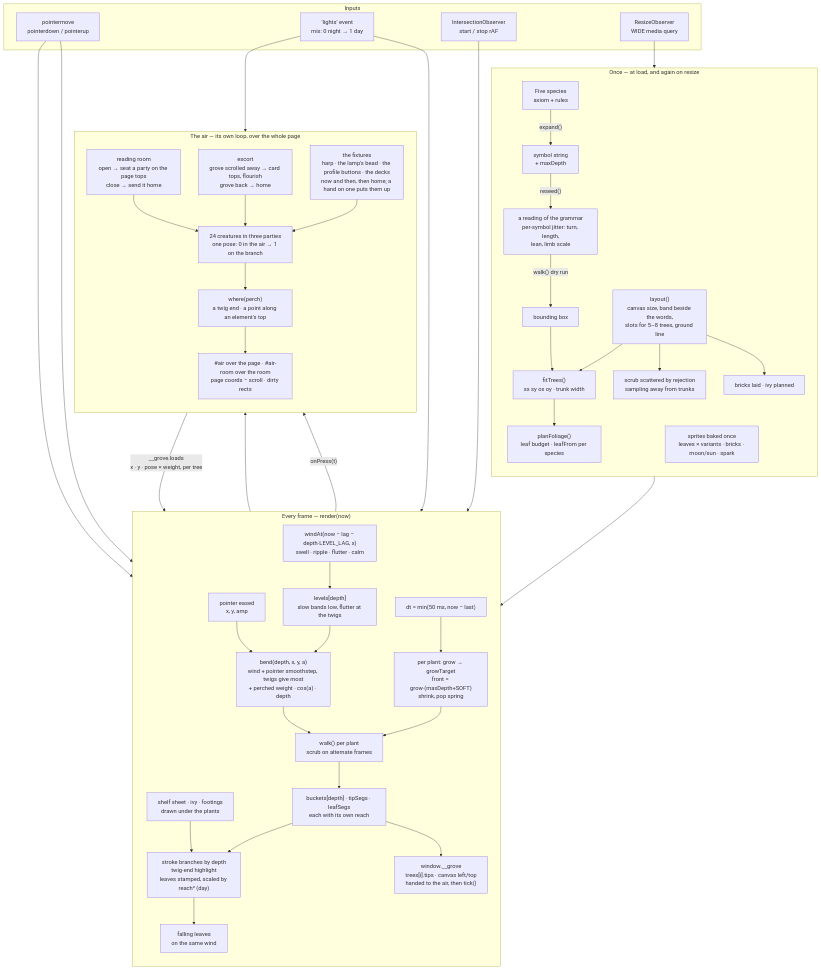
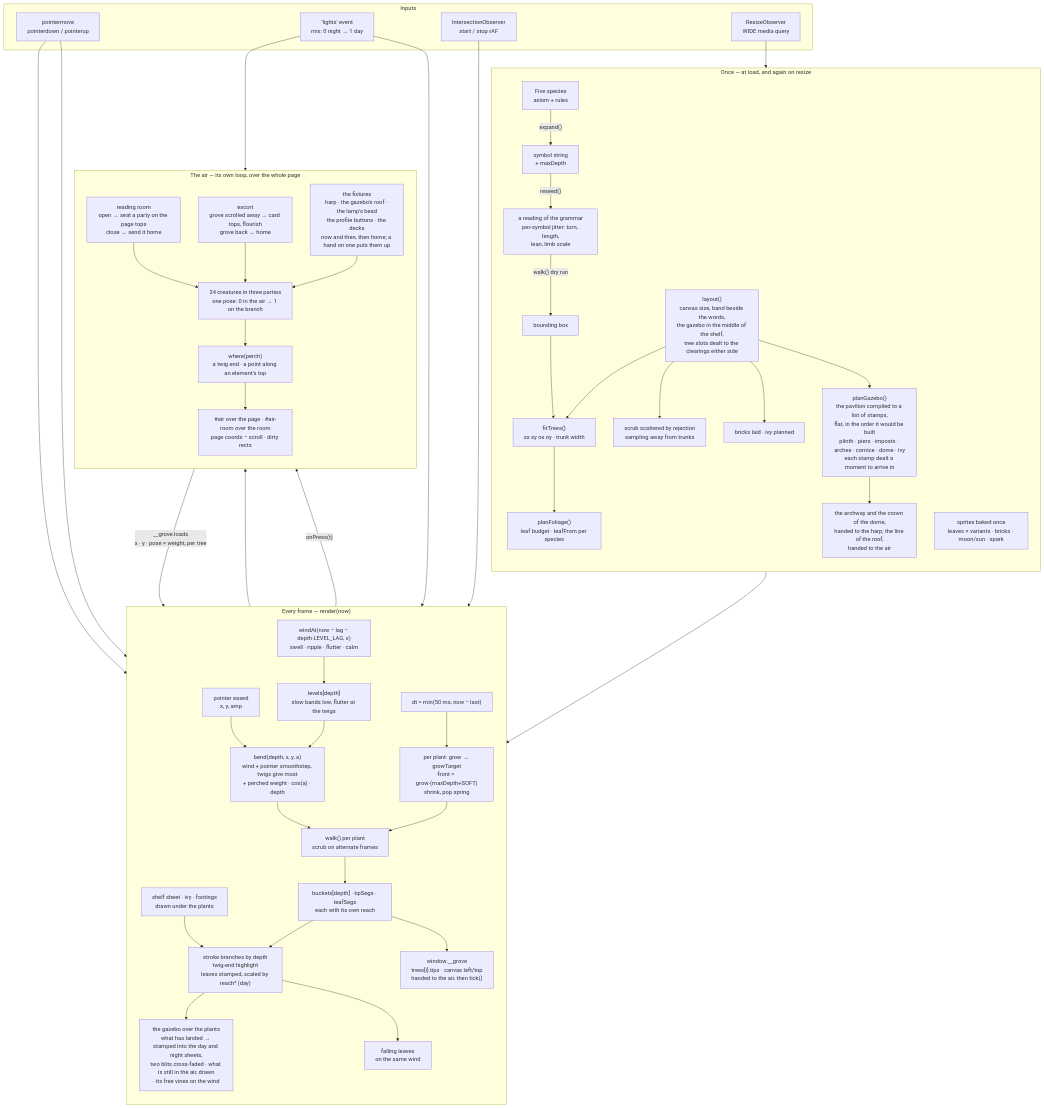
One commit to NeoVand/NeoVand.github.io changed the first of 2 diagrams in README.md. Above: the diagram before and after it, drawn with Mermaid. The commit also changed other lines of this file and 1 other file, not shown here.

First line of the commit message:
The sun moves, and everything standing on the shelf turns with it

````diff
--- a/README.md
+++ b/README.md
@@ -78,57 +319,60 @@
 ```mermaid
 flowchart TB
   subgraph once["Once — at load, and again on resize"]
     direction TB
     G["Five species<br/>axiom + rules"] -->|"expand()"| S["symbol string<br/>+ maxDepth"]
     S -->|"reseed()"| J["a reading of the grammar<br/>per-symbol jitter: turn, length,<br/>lean, limb scale"]
     J -->|"walk() dry run"| BB["bounding box"]
-    LY["layout()<br/>canvas size, band beside the words,<br/>slots for 5–8 trees, ground line"] --> FT
+    LY["layout()<br/>canvas size, band beside the words,<br/>the gazebo in the middle of the shelf,<br/>tree slots dealt to the clearings either side"] --> FT
     BB --> FT["fitTrees()<br/>sx sy ox oy · trunk width"]
     FT --> PF["planFoliage()<br/>leaf budget · leafFrom per species"]
     LY --> SC["scrub scattered by rejection<br/>sampling away from trunks"]
     LY --> BR["bricks laid · ivy planned"]
+    LY --> GZ["planGazebo()<br/>the pavilion compiled to a list of stamps,<br/>flat, in the order it would be built<br/>plinth · piers · imposts · arches · cornice · dome · ivy<br/>each stamp dealt a moment to arrive in"]
+    GZ --> HP["the archway and the crown of the dome,<br/>handed to the harp; the line of the roof,<br/>handed to the air"]
     SP["sprites baked once<br/>leaves × variants · bricks · moon/sun · spark"]
   end
 
   subgraph inputs["Inputs"]
     PTR["pointermove<br/>pointerdown / pointerup"]
     LT["'lights' event<br/>mix: 0 night → 1 day"]
     VIS["IntersectionObserver<br/>start / stop rAF"]
     RS["ResizeObserver<br/>WIDE media query"]
   end
 
   subgraph frame["Every frame — render(now)"]
     direction TB
     DT["dt = min(50 ms, now − last)"] --> GRW
     GRW["per plant: grow → growTarget<br/>front = grow·(maxDepth+SOFT)<br/>shrink, pop spring"] --> WK
     WD["windAt(now − lag − depth·LEVEL_LAG, x)<br/>swell · ripple · flutter · calm"] --> LV["levels[depth]<br/>slow bands low, flutter at the twigs"]
     LV --> BEND["bend(depth, x, y, a)<br/>wind + pointer smoothstep, twigs give most<br/>+ perched weight · cos(a) · depth"]
     PE["pointer eased<br/>x, y, amp"] --> BEND
     BEND --> WK["walk() per plant<br/>scrub on alternate frames"]
     WK --> SEG["buckets[depth] · tipSegs · leafSegs<br/>each with its own reach"]
     SEG --> DRAW["stroke branches by depth<br/>twig-end highlight<br/>leaves stamped, scaled by reach³ (day)"]
     SEG --> EXP["window.__grove<br/>trees[i].tips · canvas left/top<br/>handed to the air, then tick()"]
     SHF["shelf sheet · ivy · footings<br/>drawn under the plants"] --> DRAW
+    DRAW --> GZD["the gazebo over the plants<br/>what has landed → stamped into the day and night sheets,<br/>two blits cross-faded · what is still in the air, drawn<br/>· its free vines on the wind"]
     DRAW --> FALL["falling leaves<br/>on the same wind"]
   end
 
   subgraph air["The air — its own loop, over the whole page"]
     direction TB
     FLK["24 creatures in three parties<br/>one pose: 0 in the air → 1 on the branch"] --> WHERE["where(perch)<br/>a twig end · a point along an element's top"]
     WHERE --> SHEETS["#air over the page · #air-room over the room<br/>page coords − scroll · dirty rects"]
     RM["reading room<br/>open → seat a party on the page tops<br/>close → send it home"] --> FLK
     ESC["escort<br/>grove scrolled away → card tops, flourish<br/>grove back → home"] --> FLK
-    RAD["the fixtures<br/>harp · the lamp's bead · the profile buttons · the decks<br/>now and then, then home; a hand on one puts them up"] --> FLK
+    RAD["the fixtures<br/>harp · the gazebo's roof · the lamp's bead<br/>the profile buttons · the decks<br/>now and then, then home; a hand on one puts them up"] --> FLK
   end
 
   PTR --> PE
   PTR --> GRW
   LT --> DRAW
   LT --> FLK
   RS --> LY
   VIS --> frame
   once --> frame
   EXP --> WHERE
   GRW -->|"onPress(t)"| FLK
   FLK -->|"__grove.loads<br/>x · y · pose × weight, per tree"| BEND
 ```
````
